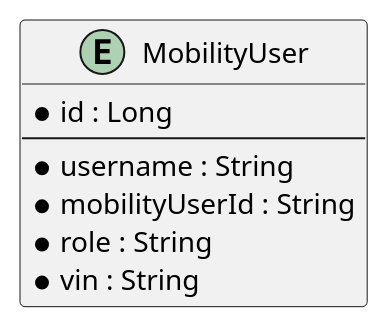
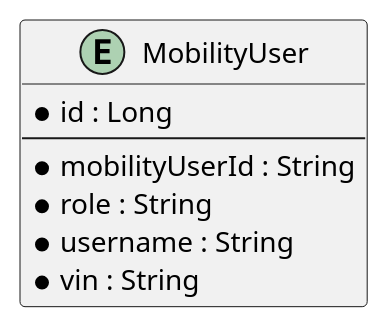
The fourth of 4 diagrams in usermanagement/documentation/detaileddesign.adoc (Dinesh-s95/AutoDoc.ai), drawn with PlantUML before and after one commit. The commit also changed other lines of this file and 4 other files, not shown here.

```diff
--- a/usermanagement/documentation/detaileddesign.adoc
+++ b/usermanagement/documentation/detaileddesign.adoc
@@ -267,14 +173,13 @@
 [plantuml, entity-relationship-diagram, png]
 ----
 @startuml
 entity "MobilityUser" {
-    * id : Long
-    --
-    * username : String
-    * mobilityUserId : String
-    * role : String
-    * vin : String
+  * id : Long
+  --
+  * mobilityUserId : String
+  * role : String
+  * username : String
+  * vin : String
 }
-
 @enduml
 ----
```
